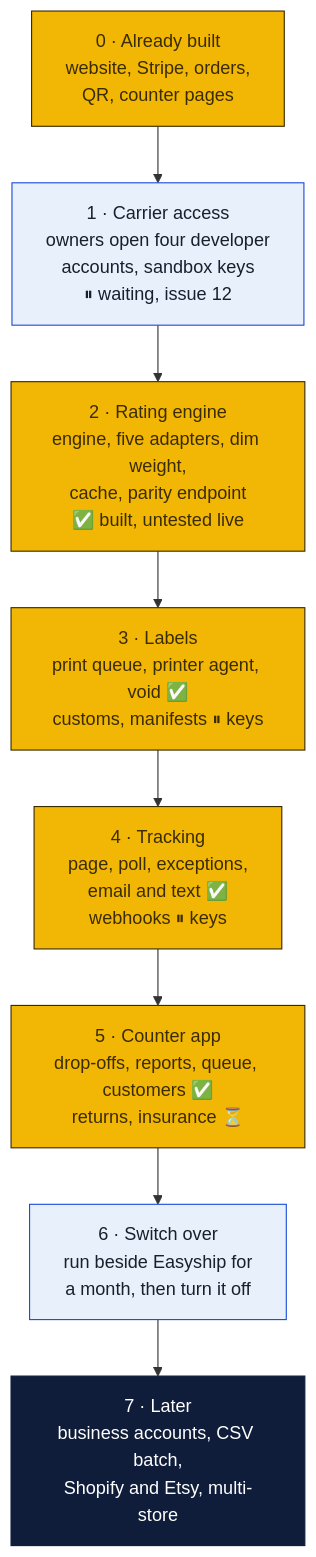
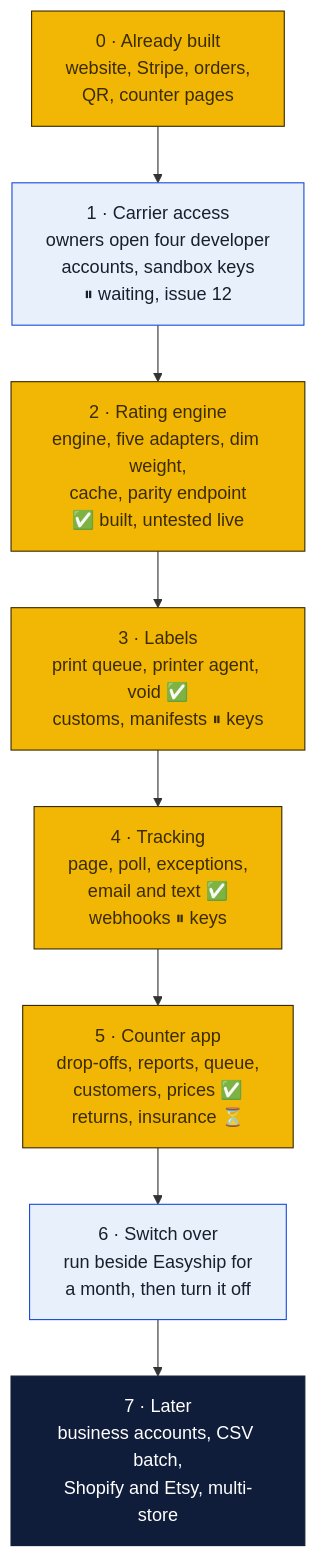
One commit to wbp318/goin-postal-forsythe changed the seventh of 8 diagrams in shipping-client/README.md. Above: the diagram before and after it, drawn with Mermaid. The commit also changed other lines of this file and 2 other files, not shown here.

````diff
--- a/shipping-client/README.md
+++ b/shipping-client/README.md
@@ -464,14 +499,14 @@
 ```mermaid
 flowchart TB
   P0["0 · Already built<br/>website, Stripe, orders,<br/>QR, counter pages"]:::local --> P1
   P1["1 · Carrier access<br/>owners open four developer<br/>accounts, sandbox keys<br/>⏸ waiting, issue 12"]:::you --> P2
   P2["2 · Rating engine<br/>engine, five adapters, dim weight,<br/>cache, parity endpoint<br/>✅ built, untested live"]:::local --> P3
   P3["3 · Labels<br/>print queue, printer agent, void ✅<br/>customs, manifests ⏸ keys"]:::local --> P4
   P4["4 · Tracking<br/>page, poll, exceptions,<br/>email and text ✅<br/>webhooks ⏸ keys"]:::local --> P5
-  P5["5 · Counter app<br/>drop-offs, reports, queue, customers ✅<br/>returns, insurance ⏳"]:::local --> P6
+  P5["5 · Counter app<br/>drop-offs, reports, queue,<br/>customers, prices ✅<br/>returns, insurance ⏳"]:::local --> P6
   P6["6 · Switch over<br/>run beside Easyship for<br/>a month, then turn it off"]:::you --> P7
   P7["7 · Later<br/>business accounts, CSV batch,<br/>Shopify and Etsy, multi-store"]:::cloud
   classDef local fill:#f2b705,stroke:#3b2c00,color:#3b2c00
   classDef cloud fill:#0f1d3a,stroke:#0f1d3a,color:#ffffff
   classDef you fill:#e8f1fb,stroke:#1d4ed8,color:#17202d
 ```
````
